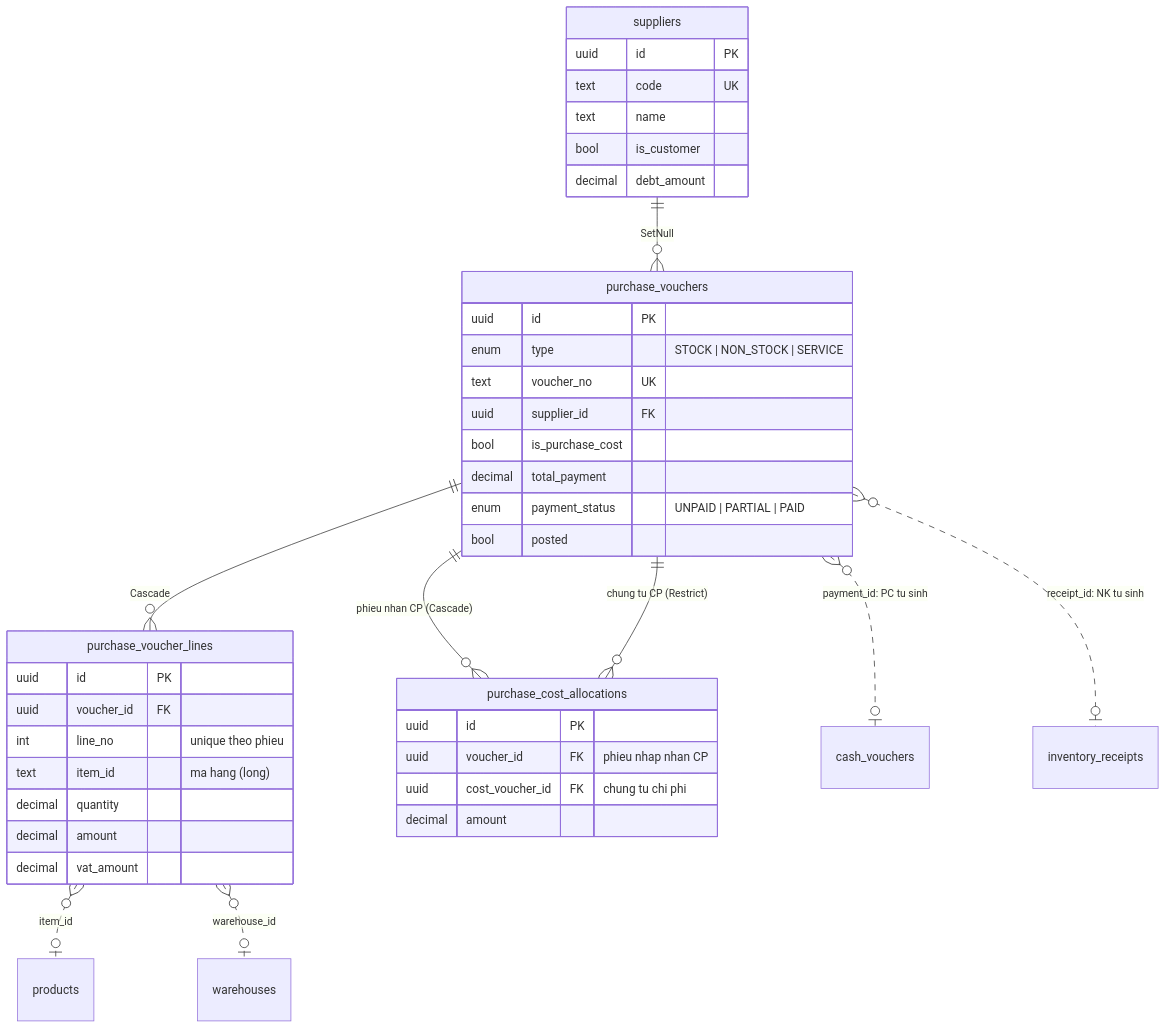
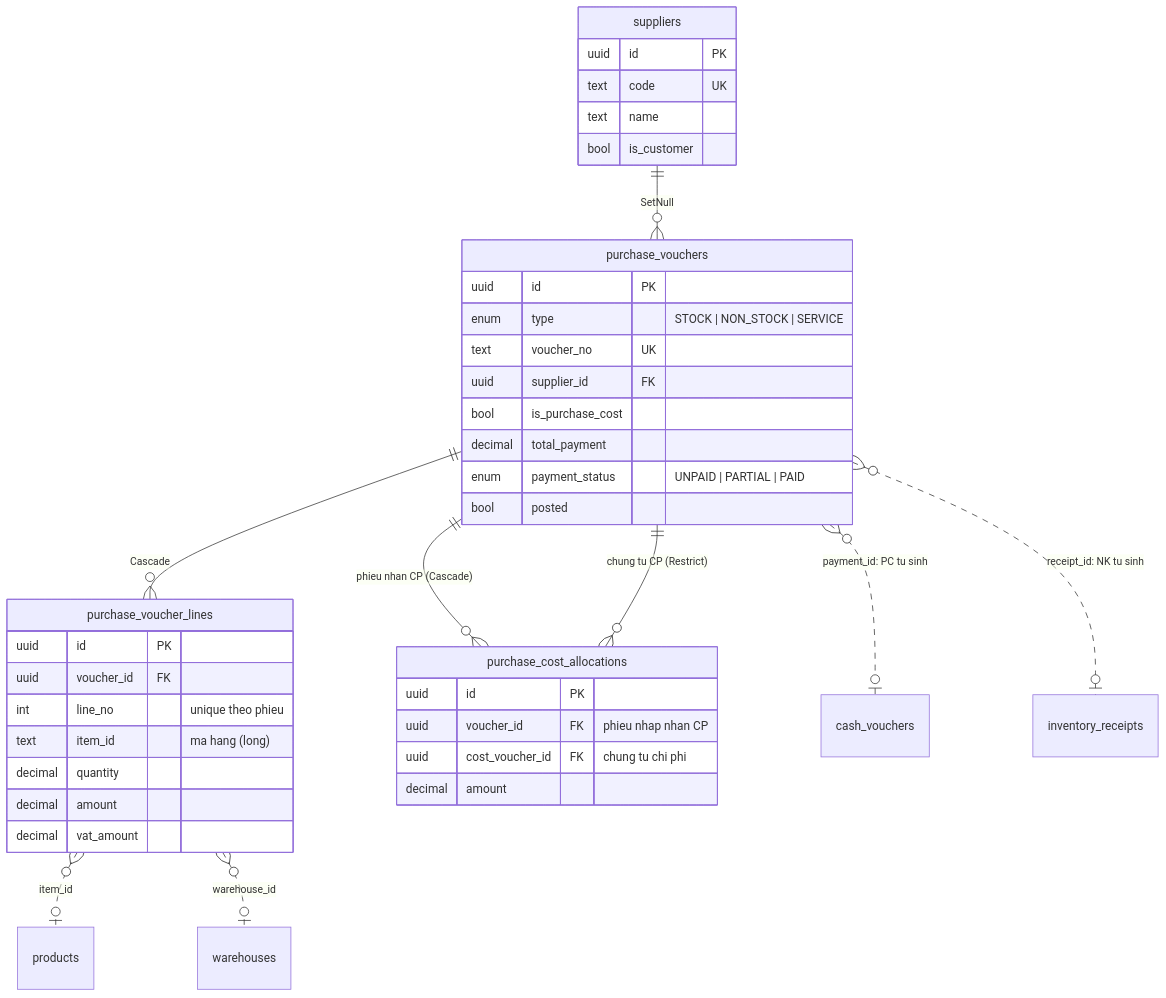
One commit to cuonghx-dev/be-tong-hong-linh changed the third of 8 diagrams in docs/database.md. Above: the diagram before and after it, drawn with Mermaid. The commit also changed other lines of this file, not shown here.

````diff
--- a/docs/database.md
+++ b/docs/database.md
@@ -95,44 +95,43 @@
 ```mermaid
 erDiagram
   suppliers ||--o{ purchase_vouchers : "SetNull"
   purchase_vouchers ||--o{ purchase_voucher_lines : "Cascade"
   purchase_vouchers ||--o{ purchase_cost_allocations : "phieu nhan CP (Cascade)"
   purchase_vouchers ||--o{ purchase_cost_allocations : "chung tu CP (Restrict)"
   purchase_vouchers }o..o| cash_vouchers : "payment_id: PC tu sinh"
   purchase_vouchers }o..o| inventory_receipts : "receipt_id: NK tu sinh"
   purchase_voucher_lines }o..o| products : "item_id"
   purchase_voucher_lines }o..o| warehouses : "warehouse_id"
 
   suppliers {
     uuid id PK
     text code UK
     text name
     bool is_customer
-    decimal debt_amount
   }
   purchase_vouchers {
     uuid id PK
     enum type "STOCK | NON_STOCK | SERVICE"
     text voucher_no UK
     uuid supplier_id FK
     bool is_purchase_cost
     decimal total_payment
     enum payment_status "UNPAID | PARTIAL | PAID"
     bool posted
   }
   purchase_voucher_lines {
     uuid id PK
     uuid voucher_id FK
     int line_no "unique theo phieu"
     text item_id "ma hang (long)"
     decimal quantity
     decimal amount
     decimal vat_amount
   }
   purchase_cost_allocations {
     uuid id PK
     uuid voucher_id FK "phieu nhap nhan CP"
     uuid cost_voucher_id FK "chung tu chi phi"
     decimal amount
   }
 ```
````
